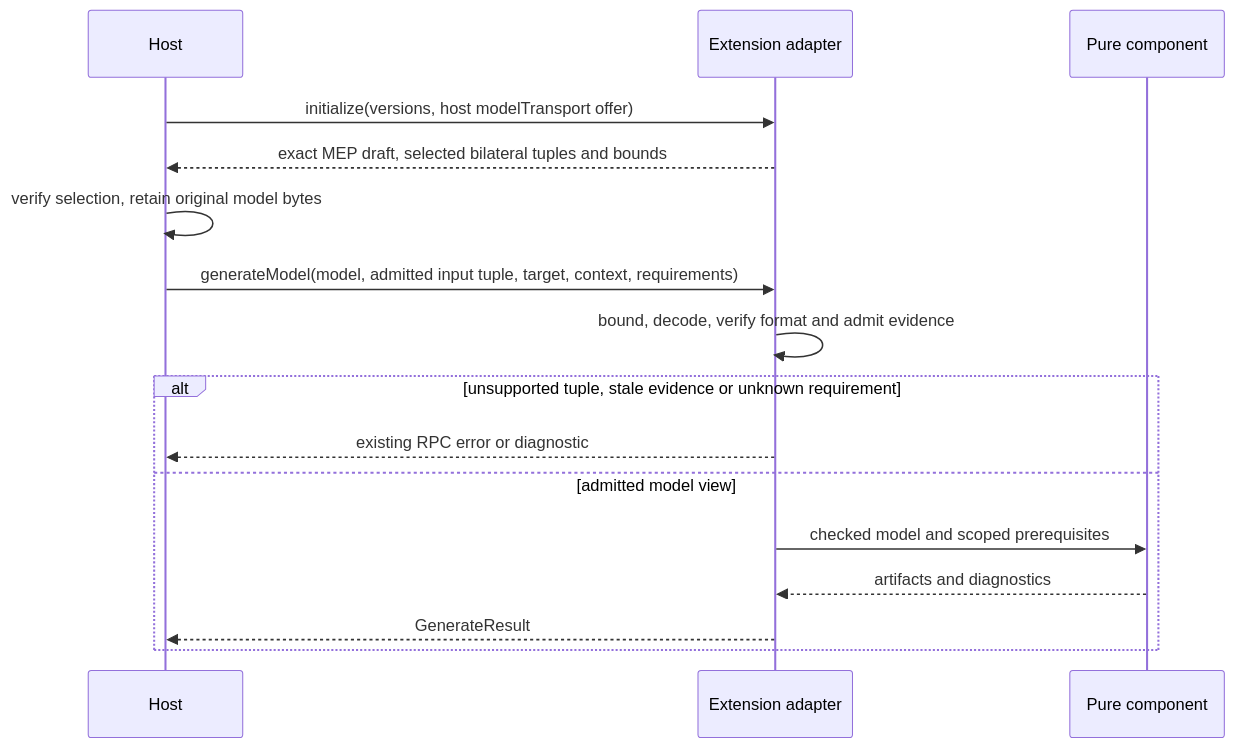
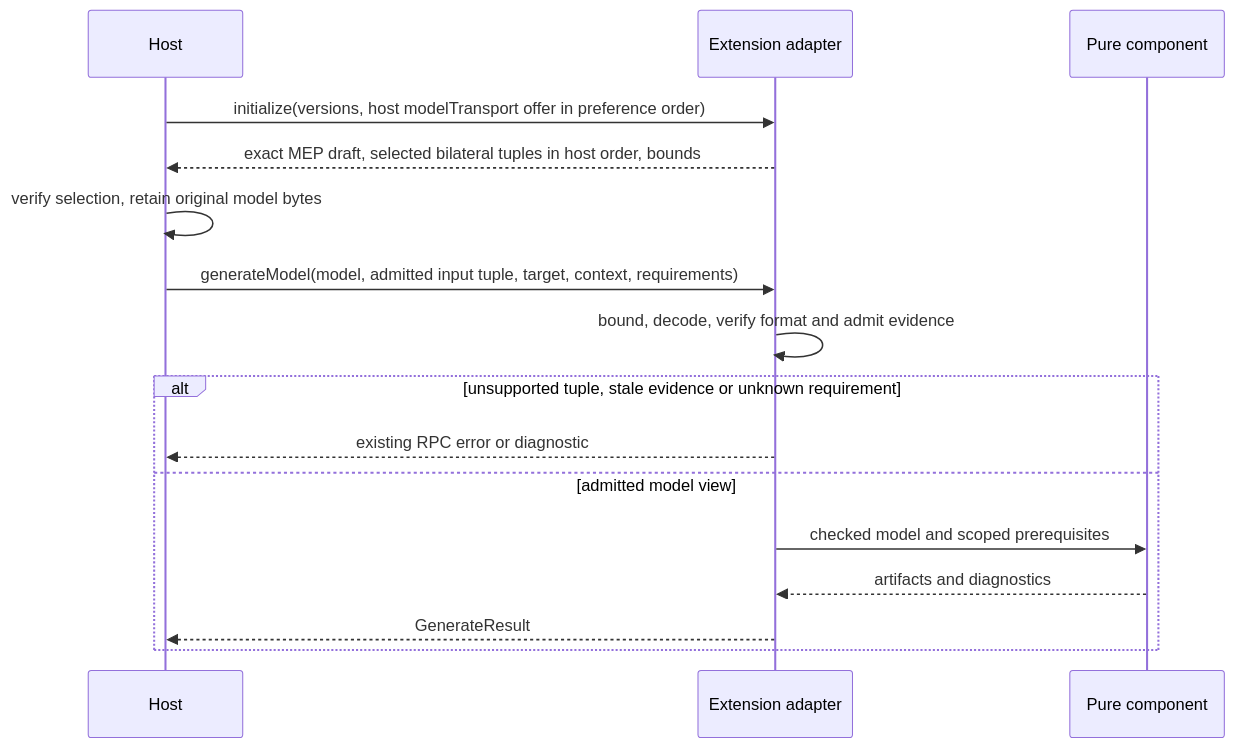
One commit to finos/morphir changed the diagram in spec/mep/model-transport.md. Above: the diagram before and after it, drawn with Mermaid. The commit also changed other lines of this file and 5 other files, not shown here.

First line of the commit message:
docs(mep): state the model-format default and required rule

````diff
--- a/spec/mep/model-transport.md
+++ b/spec/mep/model-transport.md
@@ -71,18 +73,18 @@
 ```mermaid
 sequenceDiagram
     participant H as Host
     participant G as Extension adapter
     participant C as Pure component
-    H->>G: initialize(versions, host modelTransport offer)
-    G-->>H: exact MEP draft, selected bilateral tuples and bounds
+    H->>G: initialize(versions, host modelTransport offer in preference order)
+    G-->>H: exact MEP draft, selected bilateral tuples in host order, bounds
     H->>H: verify selection, retain original model bytes
     H->>G: generateModel(model, admitted input tuple, target, context, requirements)
     G->>G: bound, decode, verify format and admit evidence
     alt unsupported tuple, stale evidence or unknown requirement
         G-->>H: existing RPC error or diagnostic
     else admitted model view
         G->>C: checked model and scoped prerequisites
         C-->>G: artifacts and diagnostics
         G-->>H: GenerateResult
     end
 ```
````
